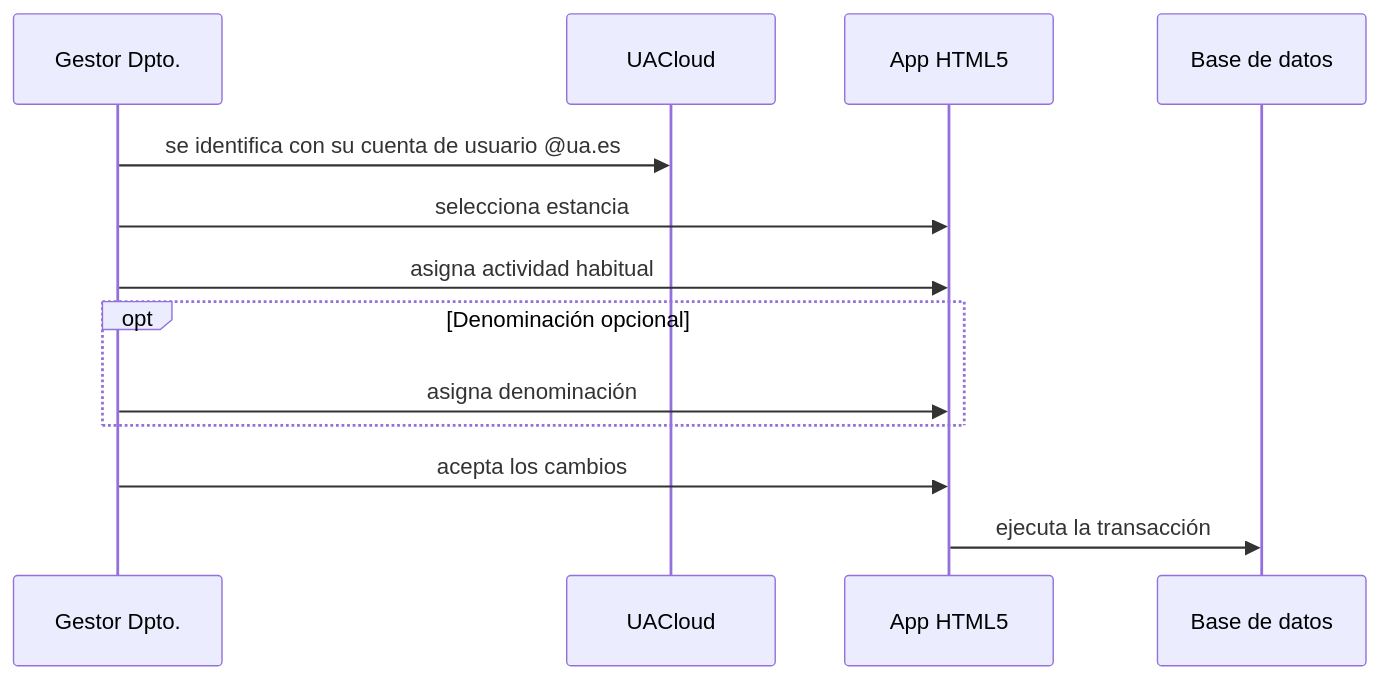
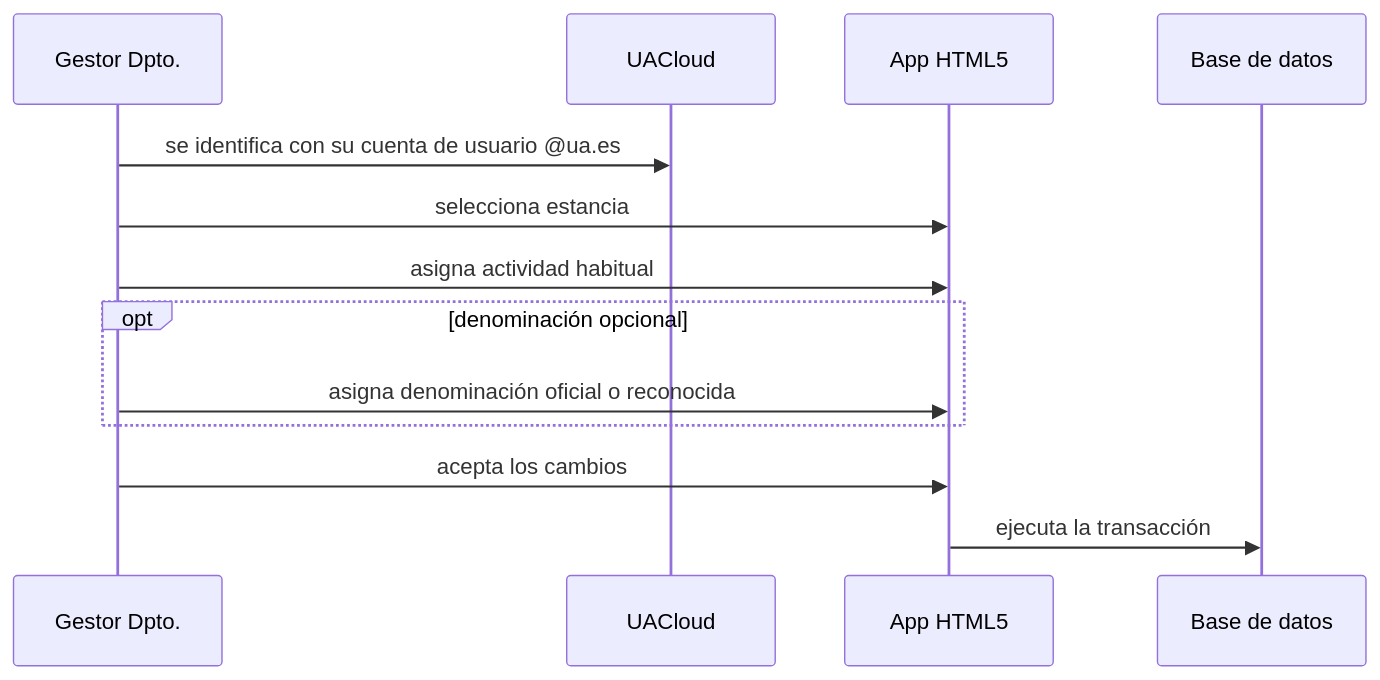
Before and after one commit to labgeo/ua-mods: the diagram in ds03.md, drawn with Mermaid.

```diff
--- a/ds03.md
+++ b/ds03.md
@@ -5,11 +5,11 @@
 {% mermaid %}
 sequenceDiagram;
   Gestor Dpto.->>UACloud: se identifica con su cuenta de usuario @ua.es;
   Gestor Dpto.->>App HTML5: selecciona estancia;
   Gestor Dpto.->>App HTML5: asigna actividad habitual;
-  opt Denominación opcional
-    Gestor Dpto.->>App HTML5: asigna denominación;
+  opt denominación opcional
+    Gestor Dpto.->>App HTML5: asigna denominación oficial o reconocida;
   end
   Gestor Dpto.->>App HTML5: acepta los cambios;
   App HTML5->>Base de datos: ejecuta la transacción;
 {% endmermaid %}
```
